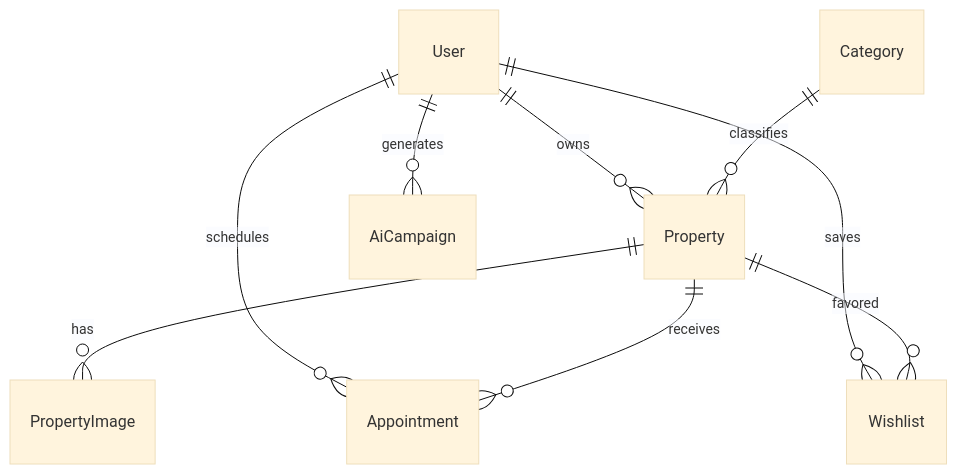
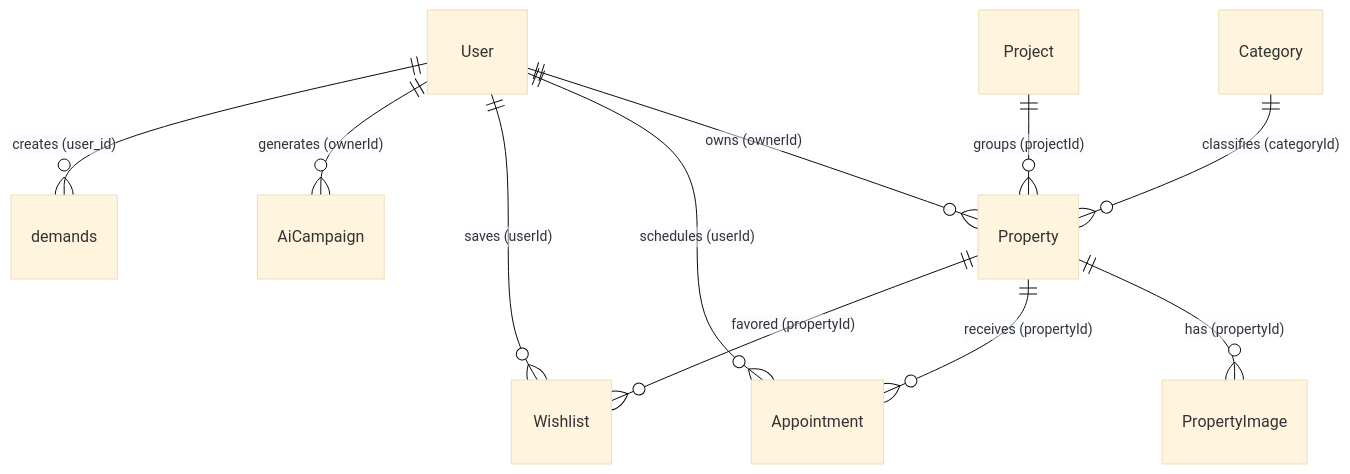
One commit to leduchai1784/BDS changed the diagram in Project.md. Above: the diagram before and after it, drawn with Mermaid (base theme). The commit also changed other lines of this file and 6 other files, not shown here.

````diff
--- a/Project.md
+++ b/Project.md
@@ -83,11 +406,13 @@
 ```mermaid
 erDiagram
-    User ||--o{ Property : "owns"
-    User ||--o{ Appointment : "schedules"
-    User ||--o{ Wishlist : "saves"
-    User ||--o{ AiCampaign : "generates"
-    Property ||--o{ PropertyImage : "has"
-    Property ||--o{ Appointment : "receives"
-    Property ||--o{ Wishlist : "favored"
-    Category ||--o{ Property : "classifies"
+    User ||--o{ Property : "owns (ownerId)"
+    User ||--o{ Appointment : "schedules (userId)"
+    User ||--o{ Wishlist : "saves (userId)"
+    User ||--o{ AiCampaign : "generates (ownerId)"
+    User ||--o{ demands : "creates (user_id)"
+    Property ||--o{ PropertyImage : "has (propertyId)"
+    Property ||--o{ Appointment : "receives (propertyId)"
+    Property ||--o{ Wishlist : "favored (propertyId)"
+    Category ||--o{ Property : "classifies (categoryId)"
+    Project ||--o{ Property : "groups (projectId)"
 ```
````
